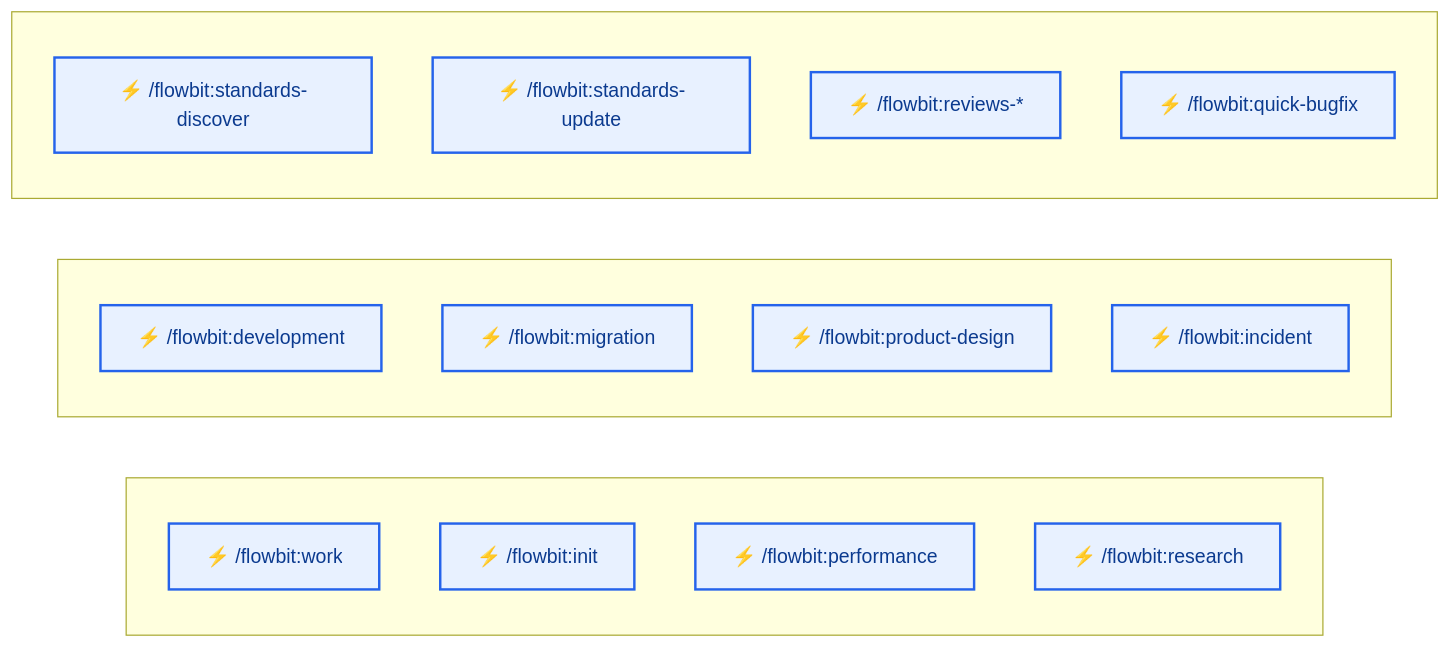
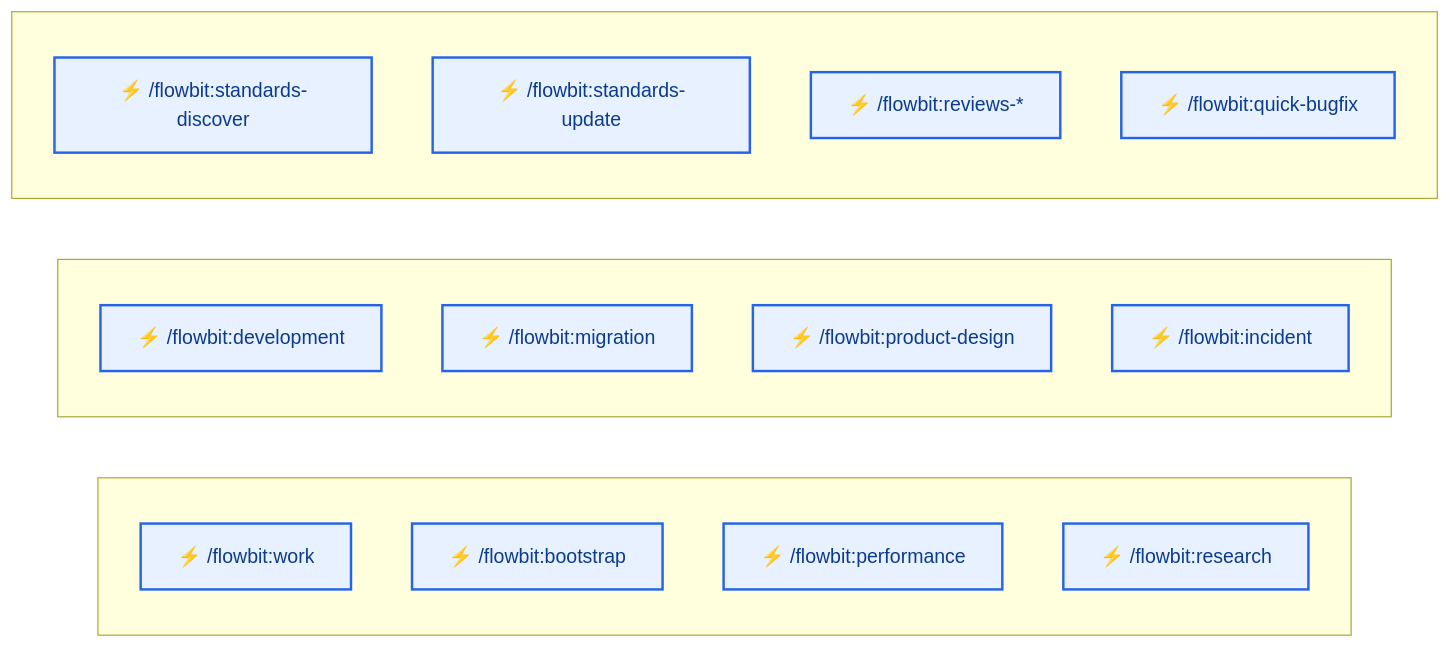
One commit to plucins/flowbit changed the first of 9 diagrams in docs/flow/overview.md. Above: the diagram before and after it, drawn with Mermaid. The commit also changed other lines of this file and 22 other files, not shown here.

First line of the commit message:
chore: rename init skill to bootstrap and bump to 1.7.0

````diff
--- a/docs/flow/overview.md
+++ b/docs/flow/overview.md
@@ -40,29 +40,29 @@
 ```mermaid
 graph LR
   subgraph C1[" "]
     direction TB
     WORK["⚡ /flowbit:work"]
-    INIT["⚡ /flowbit:init"]
+    INIT["⚡ /flowbit:bootstrap"]
     PERF["⚡ /flowbit:performance"]
     RES["⚡ /flowbit:research"]
   end
 
   subgraph C2[" "]
     direction TB
     DEV["⚡ /flowbit:development"]
     MIG["⚡ /flowbit:migration"]
     PD["⚡ /flowbit:product-design"]
     INC["⚡ /flowbit:incident"]
   end
 
   subgraph C3[" "]
     direction TB
     STD_DISC["⚡ /flowbit:standards-discover"]
     STD_UPD["⚡ /flowbit:standards-update"]
     REV["⚡ /flowbit:reviews-*"]
     QBUG["⚡ /flowbit:quick-bugfix"]
   end
 
   classDef cmd fill:#E8F1FF,stroke:#2563EB,stroke-width:2px,color:#0B3A8F;
   class WORK,INIT,DEV,PERF,MIG,RES,PD,INC,STD_DISC,STD_UPD,REV,QBUG cmd;
 ```
````
